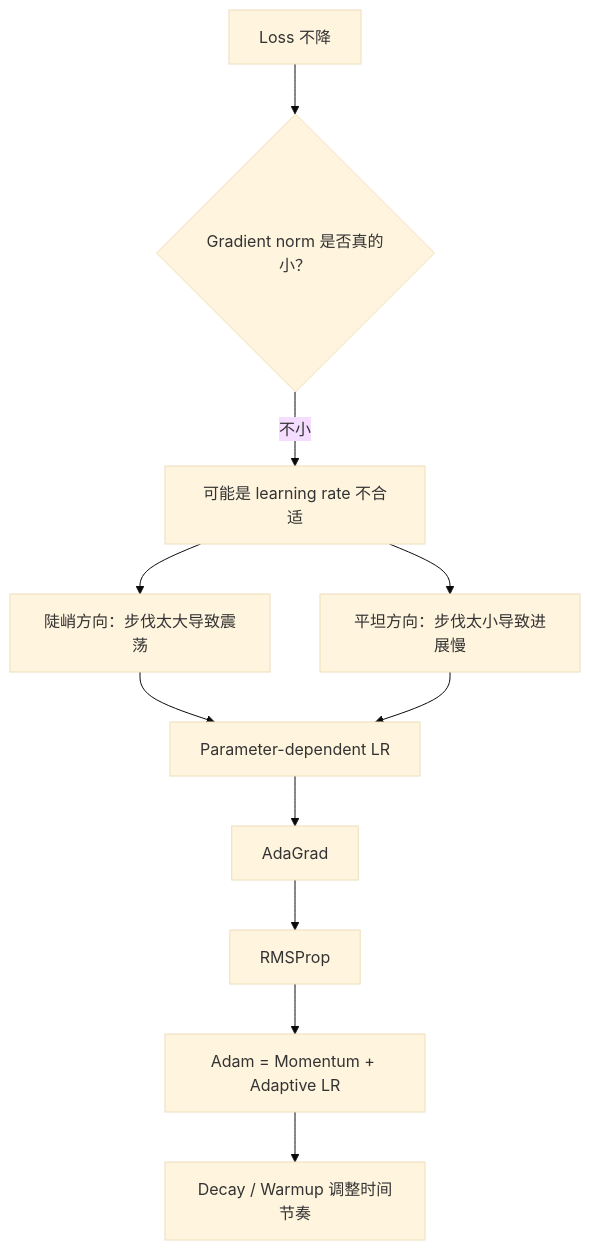
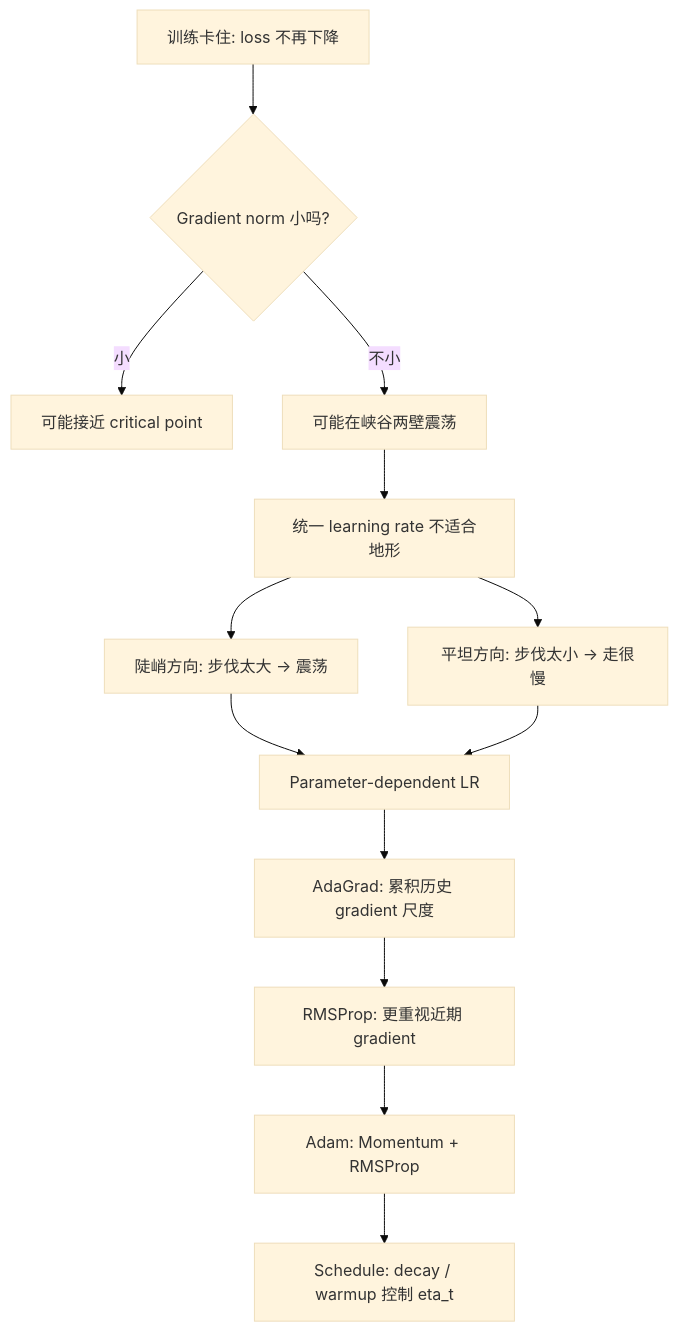
One commit to Sonnette51/stat_notes_sonnette changed the first of 3 diagrams in docs/机器学习（lhy）-更新中/P6_类神经网络训练不起来怎么办_自适应学习率.md. Above: the diagram before and after it, drawn with Mermaid (base theme). The commit also changed other lines of this file and 4 other files, not shown here.

````diff
--- a/docs/机器学习（lhy）-更新中/P6_类神经网络训练不起来怎么办_自适应学习率.md
+++ b/docs/机器学习（lhy）-更新中/P6_类神经网络训练不起来怎么办_自适应学习率.md
@@ -20,13 +21,15 @@
 ```mermaid
 flowchart TD
-    A["Loss 不降"] --> B{"Gradient norm 是否真的小？"}
-    B -- "不小" --> C["可能是 learning rate 不合适"]
-    C --> D["陡峭方向：步伐太大导致震荡"]
-    C --> E["平坦方向：步伐太小导致进展慢"]
-    D --> F["Parameter-dependent LR"]
-    E --> F
-    F --> G["AdaGrad"]
-    G --> H["RMSProp"]
-    H --> I["Adam = Momentum + Adaptive LR"]
-    I --> J["Decay / Warmup 调整时间节奏"]
+    A["训练卡住: loss 不再下降"] --> B{"Gradient norm 小吗?"}
+    B -- "小" --> C["可能接近 critical point"]
+    B -- "不小" --> D["可能在峡谷两壁震荡"]
+    D --> E["统一 learning rate 不适合地形"]
+    E --> F["陡峭方向: 步伐太大 -> 震荡"]
+    E --> G["平坦方向: 步伐太小 -> 走很慢"]
+    F --> H["Parameter-dependent LR"]
+    G --> H
+    H --> I["AdaGrad: 累积历史 gradient 尺度"]
+    I --> J["RMSProp: 更重视近期 gradient"]
+    J --> K["Adam: Momentum + RMSProp"]
+    K --> L["Schedule: decay / warmup 控制 eta_t"]
 ```
````
